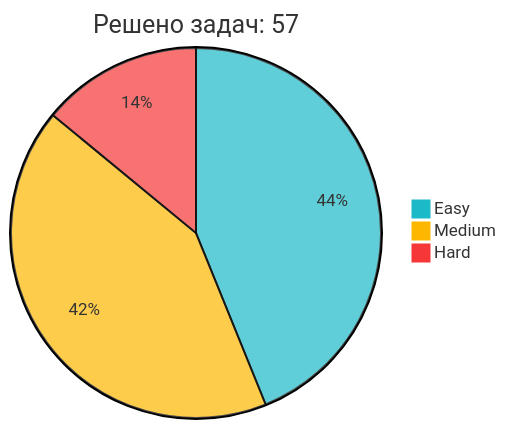
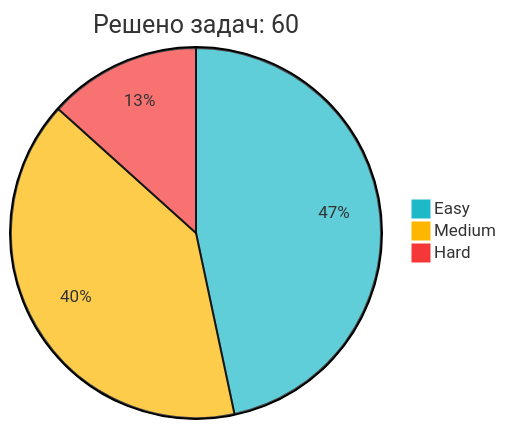
One commit to IliaKurdukov/IliaKurdukov changed the diagram in README.md. Above: the diagram before and after it, drawn with Mermaid. The commit also changed other lines of this file, not shown here.

Commit message:
📈 Обновление статистики LeetCode

````diff
--- a/README.md
+++ b/README.md
@@ -51,7 +51,7 @@
 ```mermaid
 %%{init: {'theme': 'base', 'themeVariables': { 'pie1': '#1CBAC8', 'pie2': '#FEB700', 'pie3': '#F63737' }, 'config': {'width': 300, 'height': 200}}}%%
-pie title Решено задач: 57
-   "Easy" : 25
+pie title Решено задач: 60
+   "Easy" : 28
    "Medium" : 24
    "Hard" : 8
 ```
````
